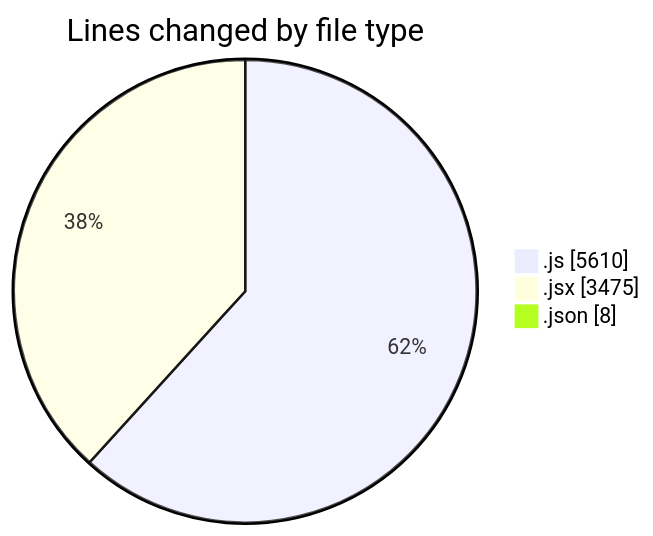
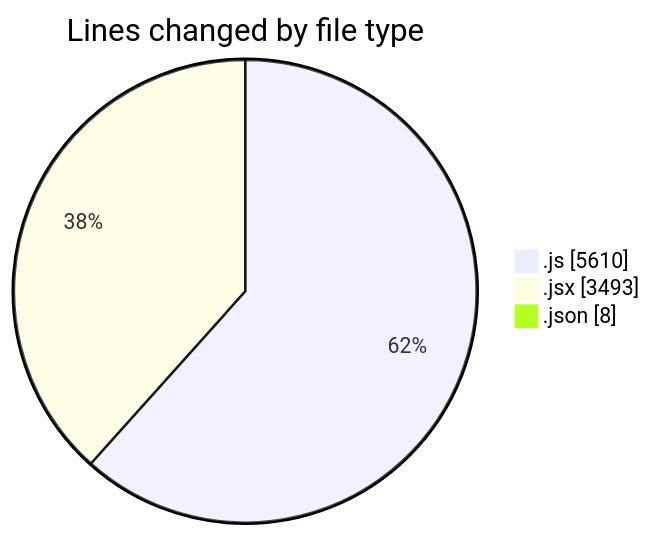
One commit to nxtqubesakshisongat/code-tracking changed the first of 2 diagrams in 2025-07-23/nxtqube_webapp/README.md. Above: the diagram before and after it, drawn with Mermaid. The commit also changed other lines of this file and 1 other file, not shown here.

````diff
--- a/2025-07-23/nxtqube_webapp/README.md
+++ b/2025-07-23/nxtqube_webapp/README.md
@@ -60,7 +60,7 @@
 ```mermaid
 pie showData
 title Lines changed by file type
 ".js" : 5610
-".jsx" : 3475
+".jsx" : 3493
 ".json" : 8
 ```
````
